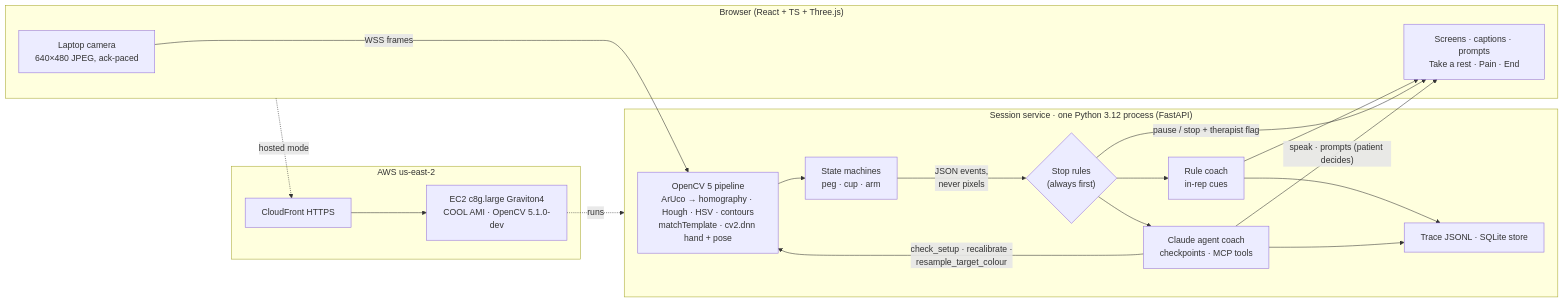
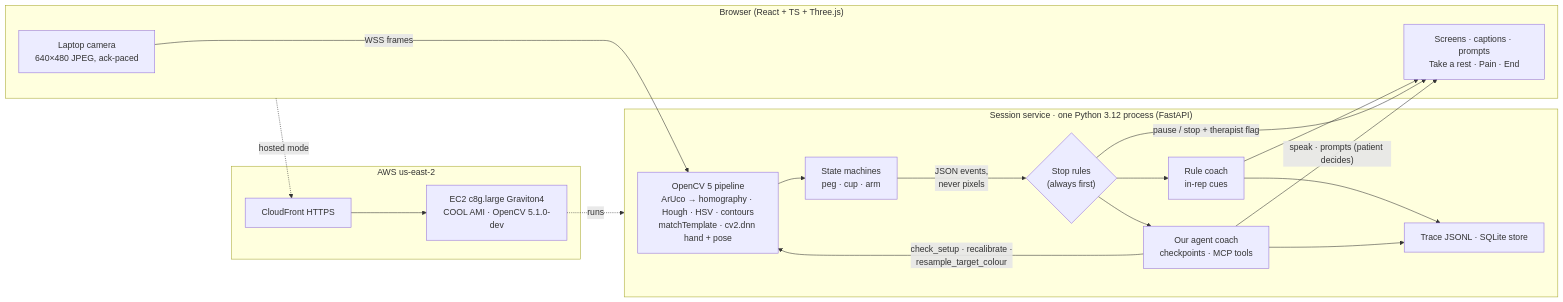
The diagram in docs/TECHNICAL_REPORT.md (Sathvik609/Praxis), drawn with Mermaid before and after one commit. The commit also changed other lines of this file and 41 other files, not shown here.

````diff
--- a/docs/TECHNICAL_REPORT.md
+++ b/docs/TECHNICAL_REPORT.md
@@ -93,27 +93,27 @@
 ```mermaid
 flowchart LR
     subgraph B["Browser (React + TS + Three.js)"]
       CAM["Laptop camera<br/>640×480 JPEG, ack-paced"]
       UI["Screens · captions · prompts<br/>Take a rest · Pain · End"]
     end
     subgraph S["Session service · one Python 3.12 process (FastAPI)"]
       P["OpenCV 5 pipeline<br/>ArUco → homography · Hough · HSV · contours<br/>matchTemplate · cv2.dnn hand + pose"]
       F["State machines<br/>peg · cup · arm"]
       R{"Stop rules<br/>(always first)"}
       RC["Rule coach<br/>in-rep cues"]
-      AG["Claude agent coach<br/>checkpoints · MCP tools"]
+      AG["Our agent coach<br/>checkpoints · MCP tools"]
       T["Trace JSONL · SQLite store"]
     end
     CAM -->|"WSS frames"| P --> F -->|"JSON events,<br/>never pixels"| R --> RC --> UI
     R -->|"pause / stop + therapist flag"| UI
     R --> AG
     AG -->|"check_setup · recalibrate ·<br/>resample_target_colour"| P
     AG -->|"speak · prompts (patient decides)"| UI
     RC --> T
     AG --> T
     subgraph A["AWS us-east-2"]
       CF["CloudFront HTTPS"] --> EC2["EC2 c8g.large Graviton4<br/>COOL AMI · OpenCV 5.1.0-dev"]
     end
     B -. "hosted mode" .-> CF
     EC2 -. "runs" .-> S
 ```
````
